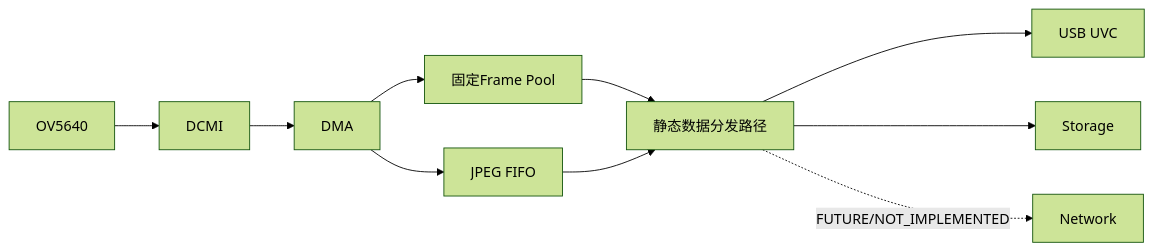
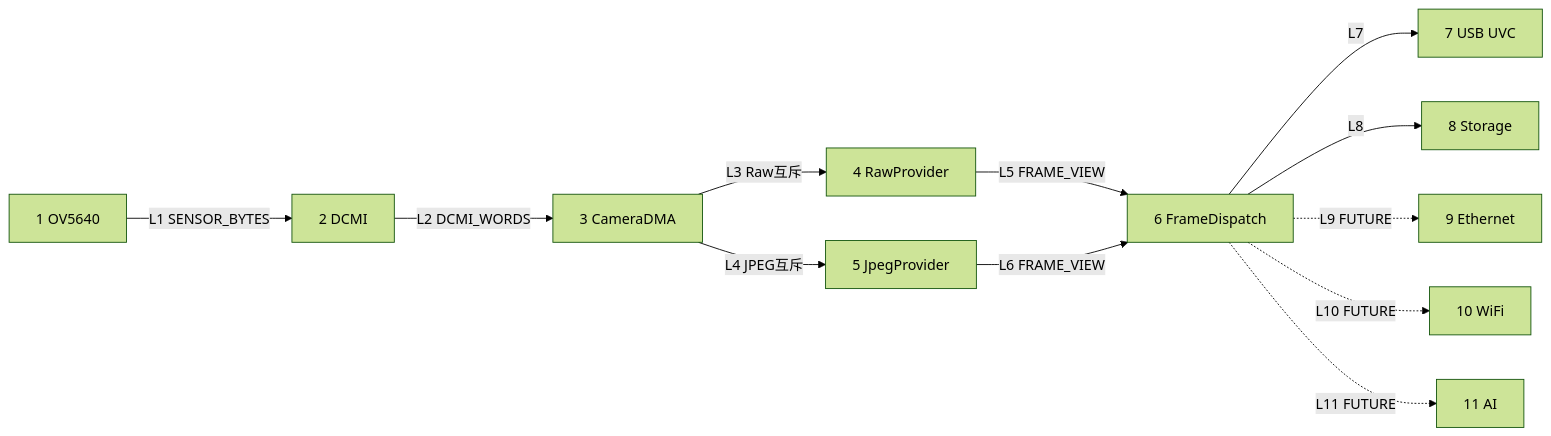
The diagram in Docs/Architecture/V2/H7_V2_ModuleContract.md (ruk93668-creator/h7_mac), drawn with Mermaid (forest theme) before and after one commit. The commit also changed other lines of this file and 4 other files, not shown here.

Commit message:
docs(architecture): deepen R2 static typed media graph contracts

````diff
--- a/Docs/Architecture/V2/H7_V2_ModuleContract.md
+++ b/Docs/Architecture/V2/H7_V2_ModuleContract.md
@@ -11,12 +202,14 @@
 ```mermaid
 flowchart LR
-  Sensor[OV5640] --> DCMI
-  DCMI --> DMA
-  DMA --> Raw[固定Frame Pool]
-  DMA --> JPEG[JPEG FIFO]
-  Raw --> Route[静态数据分发路径]
-  JPEG --> Route
-  Route --> UVC[USB UVC]
-  Route --> SD[Storage]
-  Route -. FUTURE/NOT_IMPLEMENTED .-> Net[Network]
+    Sensor[1 OV5640] -->|L1 SENSOR_BYTES| DCMI[2 DCMI]
+    DCMI -->|L2 DCMI_WORDS| DMA[3 CameraDMA]
+    DMA -->|L3 Raw互斥| Raw[4 RawProvider]
+    DMA -->|L4 JPEG互斥| JPEG[5 JpegProvider]
+    Raw -->|L5 FRAME_VIEW| Dispatch[6 FrameDispatch]
+    JPEG -->|L6 FRAME_VIEW| Dispatch
+    Dispatch -->|L7| UVC[7 USB UVC]
+    Dispatch -->|L8| SD[8 Storage]
+    Dispatch -. L9 FUTURE .-> ETH[9 Ethernet]
+    Dispatch -. L10 FUTURE .-> WIFI[10 WiFi]
+    Dispatch -. L11 FUTURE .-> AI[11 AI]
 ```
````
